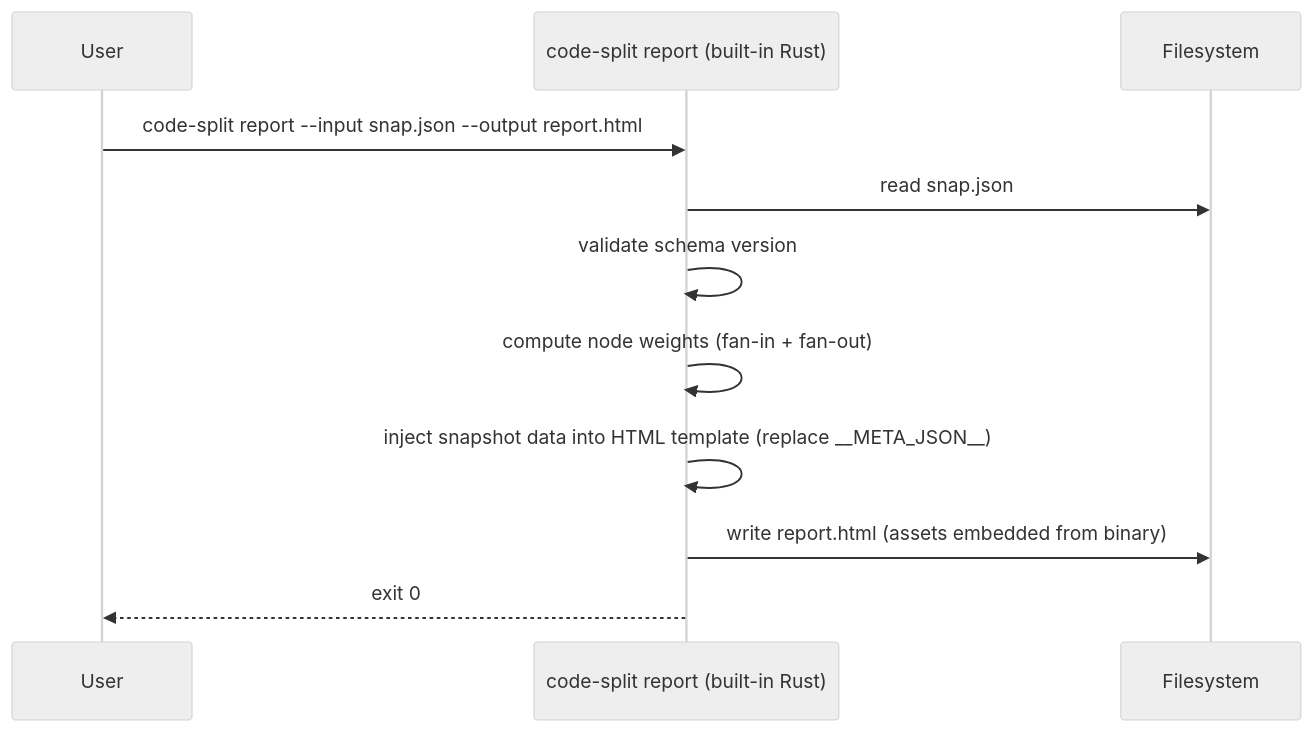
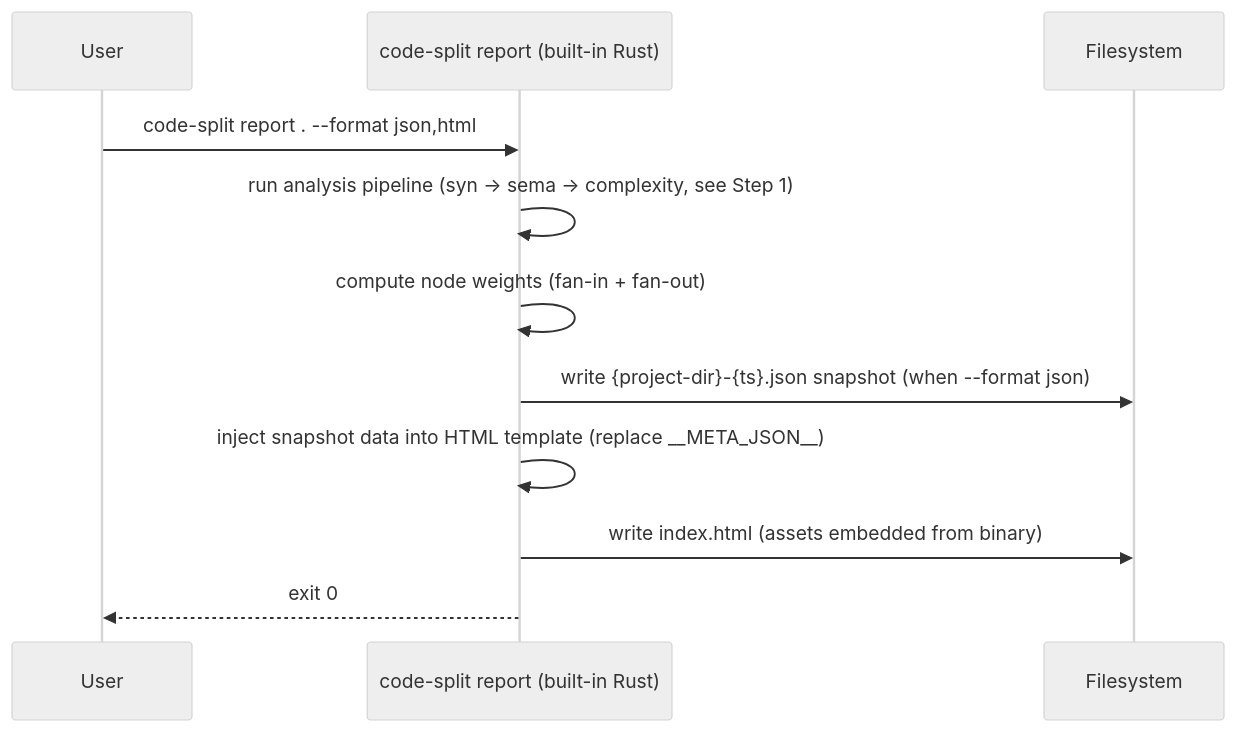
Before and after one commit to ffedoroff/code-split: the third of 4 diagrams in docs/DESIGN.md, drawn with Mermaid (neutral theme). The commit also changed other lines of this file and 7 other files, not shown here.

````diff
--- a/docs/DESIGN.md
+++ b/docs/DESIGN.md
@@ -699,14 +717,14 @@
 ```mermaid
 sequenceDiagram
     participant User
     participant Report as code-split report (built-in Rust)
     participant FS as Filesystem
 
-    User ->> Report: code-split report --input snap.json --output report.html
-    Report ->> FS: read snap.json
-    Report ->> Report: validate schema version
+    User ->> Report: code-split report . --format json,html
+    Report ->> Report: run analysis pipeline (syn → sema → complexity, see Step 1)
     Report ->> Report: compute node weights (fan-in + fan-out)
+    Report ->> FS: write {project-dir}-{ts}.json snapshot (when --format json)
     Report ->> Report: inject snapshot data into HTML template (replace __META_JSON__)
-    Report ->> FS: write report.html (assets embedded from binary)
+    Report ->> FS: write index.html (assets embedded from binary)
     Report -->> User: exit 0
 ```
````
